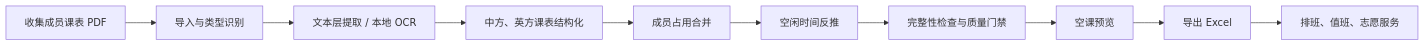
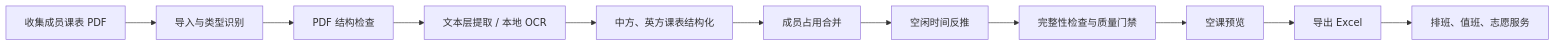
One commit to GinFJ/KongGu changed the first of 2 diagrams in README.md. Above: the diagram before and after it, drawn with Mermaid. The commit also changed other lines of this file and 24 other files, not shown here.

````diff
--- a/README.md
+++ b/README.md
@@ -125,12 +126,13 @@
 ```mermaid
 flowchart LR
   A["收集成员课表 PDF"] --> B["导入与类型识别"]
-  B --> C["文本层提取 / 本地 OCR"]
+  B --> BI["PDF 结构检查"]
+  BI --> C["文本层提取 / 本地 OCR"]
   C --> D["中方、英方课表结构化"]
   D --> E["成员占用合并"]
   E --> F["空闲时间反推"]
   F --> G["完整性检查与质量门禁"]
   G --> H["空课预览"]
   H --> I["导出 Excel"]
   I --> J["排班、值班、志愿服务"]
 ```
````
